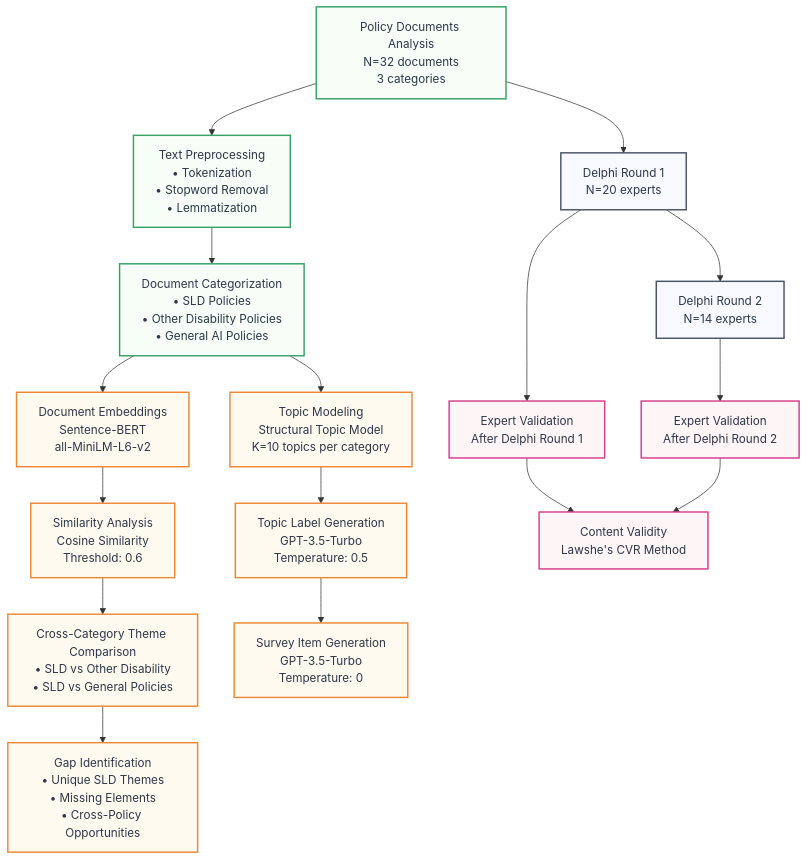
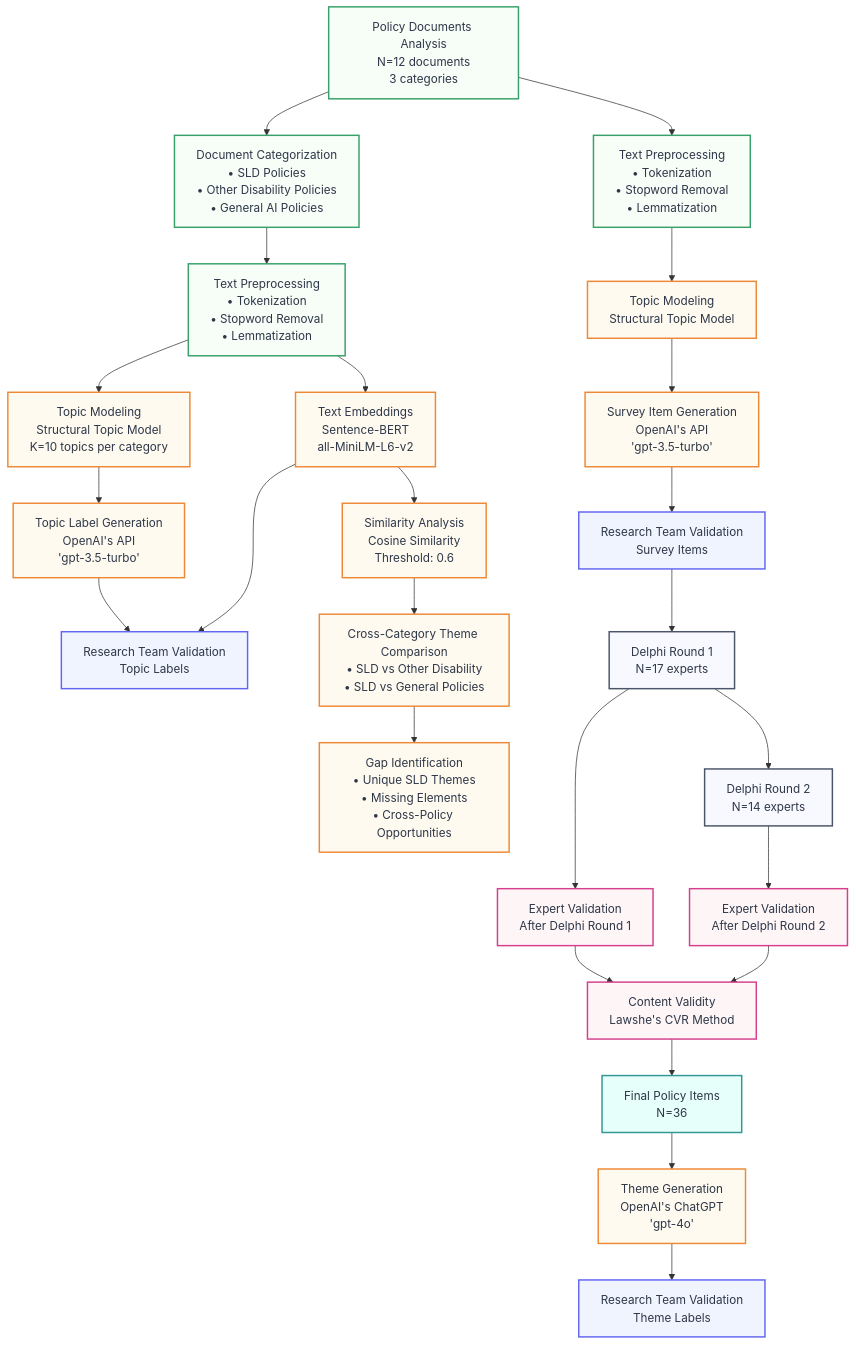
Before and after one commit to mshin77/AI_policy_LD: the diagram in index.qmd, drawn with Mermaid. The commit also changed other lines of this file and 11 other files, not shown here.

````diff
--- a/index.qmd
+++ b/index.qmd
@@ -20,36 +20,54 @@
 ```{mermaid}
 flowchart TD
-    n1["Policy Documents Analysis<br/>N=32 documents<br/>3 categories"] --> D["Text Preprocessing<br/>• Tokenization<br/>• Stopword Removal<br/>• Lemmatization"] & B["Delphi Round 1<br/>N=20 experts"]
-    B --> C["Delphi Round 2<br/>N=14 experts"] & K1["Expert Validation<br/>After Delphi Round 1"]
-    D --> E["Document Categorization<br/>• SLD Policies<br/>• Other Disability Policies<br/>• General AI Policies"]
-    E --> F["Document Embeddings<br/>Sentence-BERT<br/>all-MiniLM-L6-v2"] & G["Topic Modeling<br/>Structural Topic Model<br/>K=10 topics per category"]
+    n1["Policy Documents Analysis<br/>N=12 documents<br/>3 categories"] --> D["Document Categorization<br/>• SLD Policies<br/>• Other Disability Policies<br/>• General AI Policies"]
+    D --> E["Text Preprocessing<br/>• Tokenization<br/>• Stopword Removal<br/>• Lemmatization"]
+    E --> F["Text Embeddings<br/>Sentence-BERT<br/>all-MiniLM-L6-v2"] & G["Topic Modeling<br/>Structural Topic Model<br/>K=10 topics per category"]
     F --> H["Similarity Analysis<br/>Cosine Similarity<br/>Threshold: 0.6"]
-    G --> I["Topic Label Generation<br/>GPT-3.5-Turbo<br/>Temperature: 0.5"]
+    G --> I["Topic Label Generation<br/>OpenAI's API<br/>'gpt-3.5-turbo'"]
+    I --> V1["Research Team Validation<br/>Topic Labels"]
+    F --> V1
     H --> P["Cross-Category Theme Comparison<br/>• SLD vs Other Disability<br/>• SLD vs General Policies"]
     P --> Q["Gap Identification<br/>• Unique SLD Themes<br/>• Missing Elements<br/>• Cross-Policy Opportunities"]
-    I --> J["Survey Item Generation<br/>GPT-3.5-Turbo<br/>Temperature: 0"]
+    n1 --> TP2["Text Preprocessing<br/>• Tokenization<br/>• Stopword Removal<br/>• Lemmatization"]
+    TP2 --> TM2["Topic Modeling<br/>Structural Topic Model"]
+    TM2 --> J["Survey Item Generation<br/>OpenAI's API<br/>'gpt-3.5-turbo'"]
+    J --> V3["Research Team Validation<br/>Survey Items"]
+    V3 --> B["Delphi Round 1<br/>N=17 experts"]
+    B --> C["Delphi Round 2<br/>N=14 experts"] & K1["Expert Validation<br/>After Delphi Round 1"]
     C --> K2["Expert Validation<br/>After Delphi Round 2"]
     K1 --> L["Content Validity<br/>Lawshe's CVR Method"]
     K2 --> L
+    L --> M["Final Policy Items<br/>N=36"]
+    M --> T["Theme Generation<br/>OpenAI's ChatGPT<br/>'gpt-4o'"]
+    T --> V2["Research Team Validation<br/>Theme Labels"]
     
     classDef dataPhase fill:#f8f9ff,stroke:#4a5568,stroke-width:2px,color:#2d3748
     classDef processPhase fill:#f7fdf7,stroke:#38a169,stroke-width:2px,color:#2d3748
     classDef analysisPhase fill:#fffaf0,stroke:#ed8936,stroke-width:2px,color:#2d3748
     classDef validationPhase fill:#fef5f7,stroke:#d53f8c,stroke-width:2px,color:#2d3748
+    classDef researchValidation fill:#f0f4ff,stroke:#6366f1,stroke-width:2px,color:#2d3748
+    classDef finalPhase fill:#e6fffa,stroke:#319795,stroke-width:2px,color:#2d3748
     
     n1:::processPhase
     D:::processPhase
     B:::dataPhase
     C:::dataPhase
     K1:::validationPhase
     E:::processPhase
     F:::analysisPhase
     G:::analysisPhase
     H:::analysisPhase
     I:::analysisPhase
+    T:::analysisPhase
+    TP2:::processPhase
+    TM2:::analysisPhase
+    V1:::researchValidation
+    V2:::researchValidation
+    V3:::researchValidation
     P:::analysisPhase
     Q:::analysisPhase
     J:::analysisPhase
     K2:::validationPhase
     L:::validationPhase
+    M:::finalPhase
 ```
````
